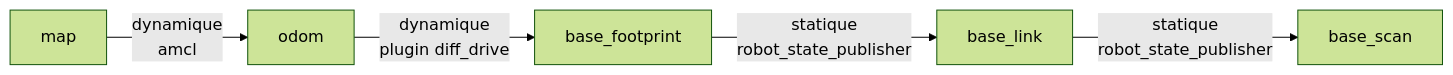
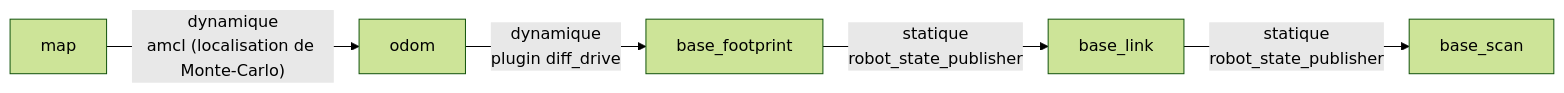
Before and after one commit to Maximator13/robot-aspirateur-ros2: the sixth of 8 diagrams in docs/ARCHITECTURE.md, drawn with Mermaid (forest theme). The commit also changed other lines of this file and 18 other files, not shown here.

````diff
--- a/docs/ARCHITECTURE.md
+++ b/docs/ARCHITECTURE.md
@@ -159,7 +196,7 @@
 ```mermaid
 flowchart LR
-    MAP["map"] -- "dynamique<br/>amcl" --> ODOM["odom"]
+    MAP["map"] -- "dynamique<br/>amcl (localisation de Monte-Carlo)" --> ODOM["odom"]
     ODOM -- "dynamique<br/>plugin diff_drive" --> BF["base_footprint"]
     BF -- "statique<br/>robot_state_publisher" --> BL["base_link"]
     BL -- "statique<br/>robot_state_publisher" --> BS["base_scan"]
 ```
````
